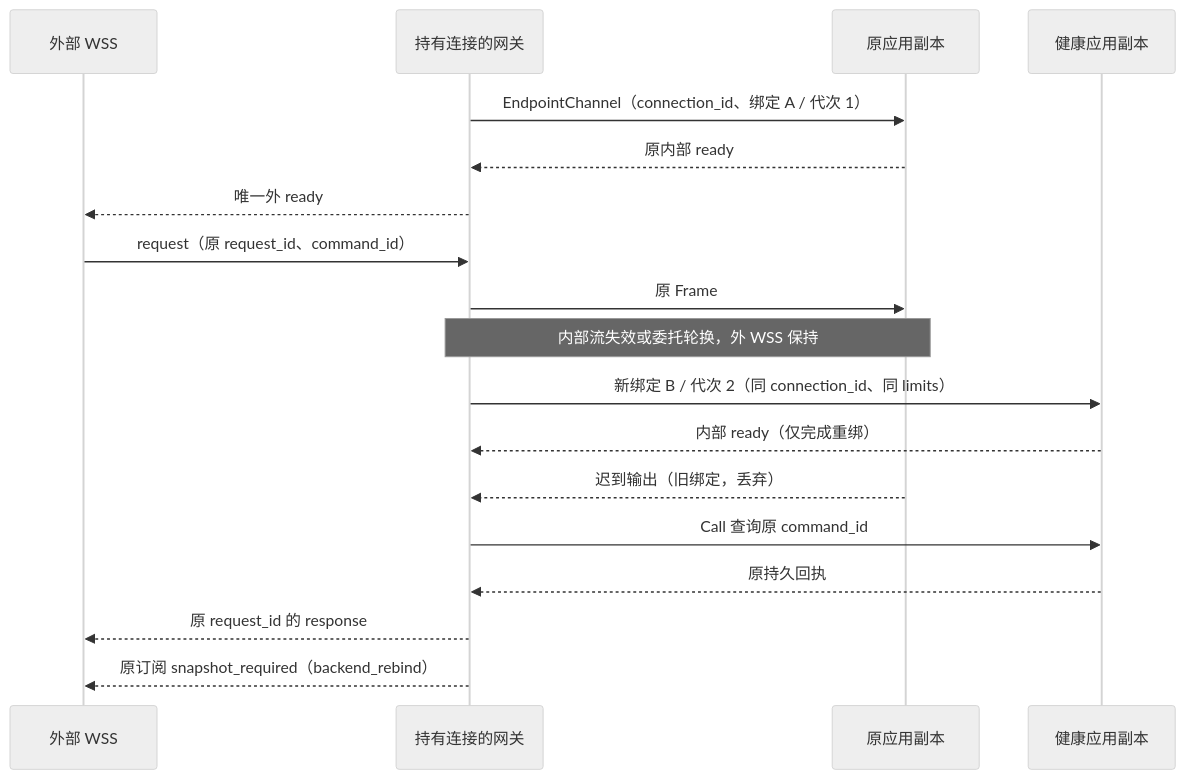
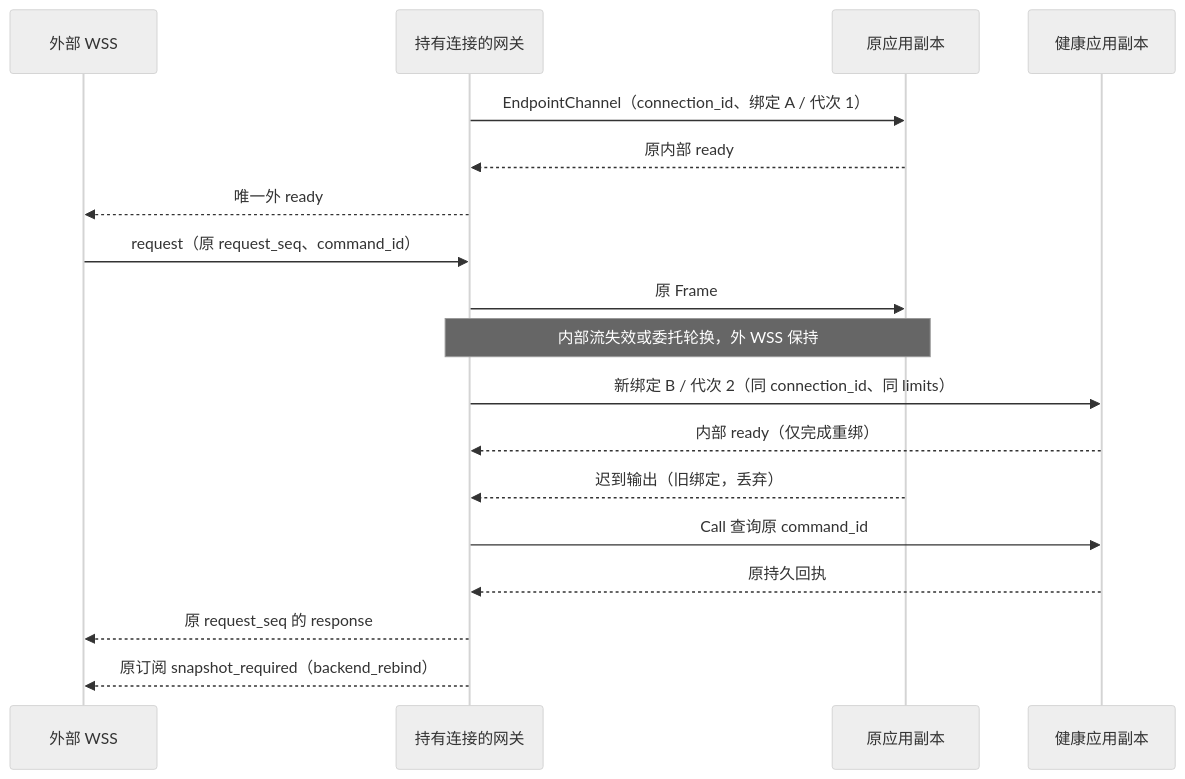
One commit to ruipengliu/lerna changed the second of 3 diagrams in docs/architecture/contracts/grpc.md. Above: the diagram before and after it, drawn with Mermaid (neutral theme). The commit also changed other lines of this file and 73 other files, not shown here.

Commit message:
docs: refine architecture deck and protocol models

````diff
--- a/docs/architecture/contracts/grpc.md
+++ b/docs/architecture/contracts/grpc.md
@@ -49,20 +49,20 @@
 ```mermaid
 sequenceDiagram
     participant E as 外部 WSS
     participant G as 持有连接的网关
     participant A as 原应用副本
     participant B as 健康应用副本
     G->>A: EndpointChannel（connection_id、绑定 A / 代次 1）
     A-->>G: 原内部 ready
     G-->>E: 唯一外 ready
-    E->>G: request（原 request_id、command_id）
+    E->>G: request（原 request_seq、command_id）
     G->>A: 原 Frame
     Note over A,G: 内部流失效或委托轮换，外 WSS 保持
     G->>B: 新绑定 B / 代次 2（同 connection_id、同 limits）
     B-->>G: 内部 ready（仅完成重绑）
     A-->>G: 迟到输出（旧绑定，丢弃）
     G->>B: Call 查询原 command_id
     B-->>G: 原持久回执
-    G-->>E: 原 request_id 的 response
+    G-->>E: 原 request_seq 的 response
     G-->>E: 原订阅 snapshot_required（backend_rebind）
 ```
````
